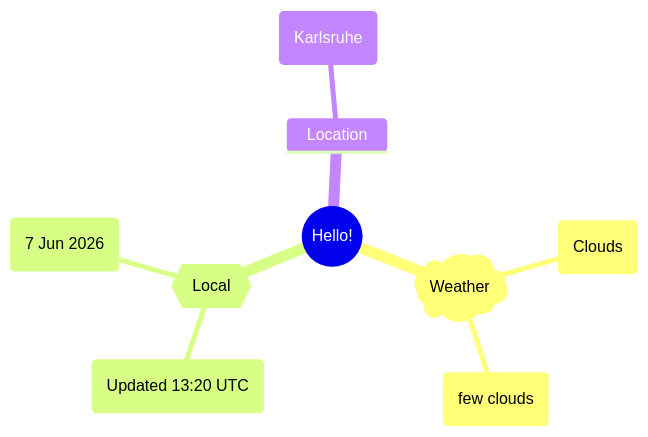
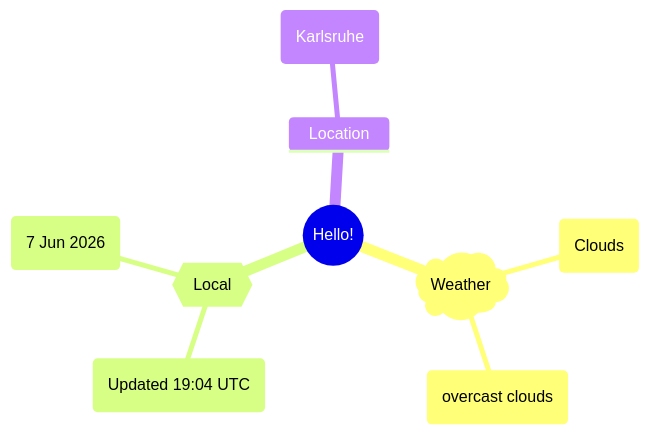
Before and after one commit to Xosrov/Xosrov: the first of 2 diagrams in README.md, drawn with Mermaid.

Commit message:
[bot] updated images

````diff
--- a/README.md
+++ b/README.md
@@ -3,12 +3,12 @@
 ```mermaid
 mindmap
   root((Hello!))
     )Weather(
         (Clouds)
-        (few clouds)
+        (overcast clouds)
     {{Local}}
-        (Updated 13:20 UTC)
+        (Updated 19:04 UTC)
         (7 Jun 2026)
     Location
         (Karlsruhe)
 ```
````
